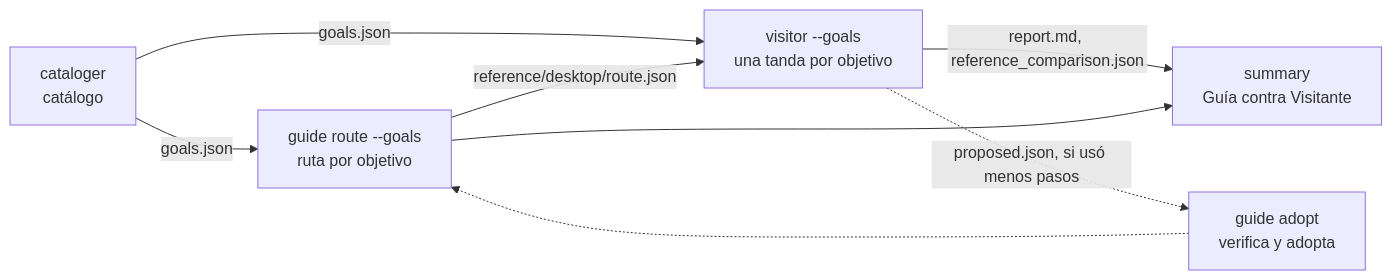
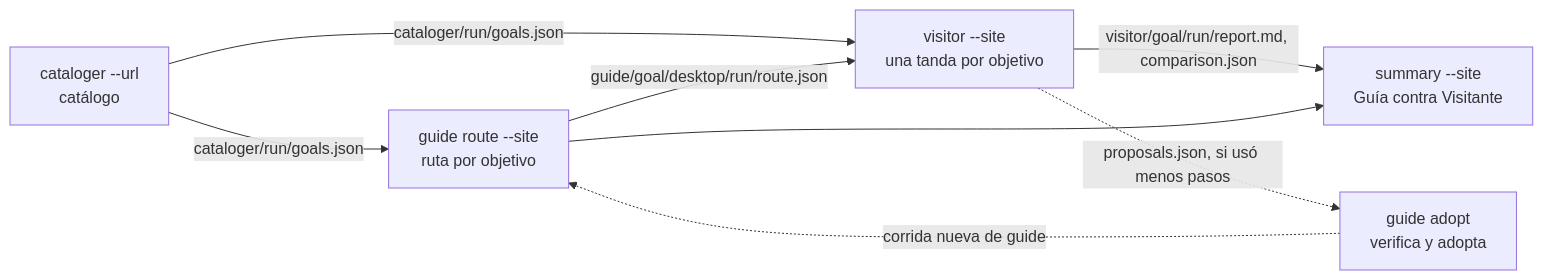
Before and after one commit to platanus-hack/platanus-hack-26-cl-team-36: the first of 2 diagrams in docs/agents/arquitectura.md, drawn with Mermaid. The commit also changed other lines of this file and 2 other files, not shown here.

````diff
--- a/docs/agents/arquitectura.md
+++ b/docs/agents/arquitectura.md
@@ -61,10 +62,10 @@
 ```mermaid
 flowchart LR
-  C["cataloger<br/>catálogo"] -->|"goals.json"| G["guide route --goals<br/>ruta por objetivo"]
-  C -->|"goals.json"| V["visitor --goals<br/>una tanda por objetivo"]
-  G -->|"reference/desktop/route.json"| V
-  V -->|"report.md, reference_comparison.json"| S["summary<br/>Guía contra Visitante"]
+  C["cataloger --url<br/>catálogo"] -->|"cataloger/run/goals.json"| G["guide route --site<br/>ruta por objetivo"]
+  C -->|"cataloger/run/goals.json"| V["visitor --site<br/>una tanda por objetivo"]
+  G -->|"guide/goal/desktop/run/route.json"| V
+  V -->|"visitor/goal/run/report.md, comparison.json"| S["summary --site<br/>Guía contra Visitante"]
   G --> S
-  V -.->|"proposed.json, si usó menos pasos"| A["guide adopt<br/>verifica y adopta"]
-  A -.-> G
+  V -.->|"proposals.json, si usó menos pasos"| A["guide adopt<br/>verifica y adopta"]
+  A -.->|"corrida nueva de guide"| G
 ```
````
